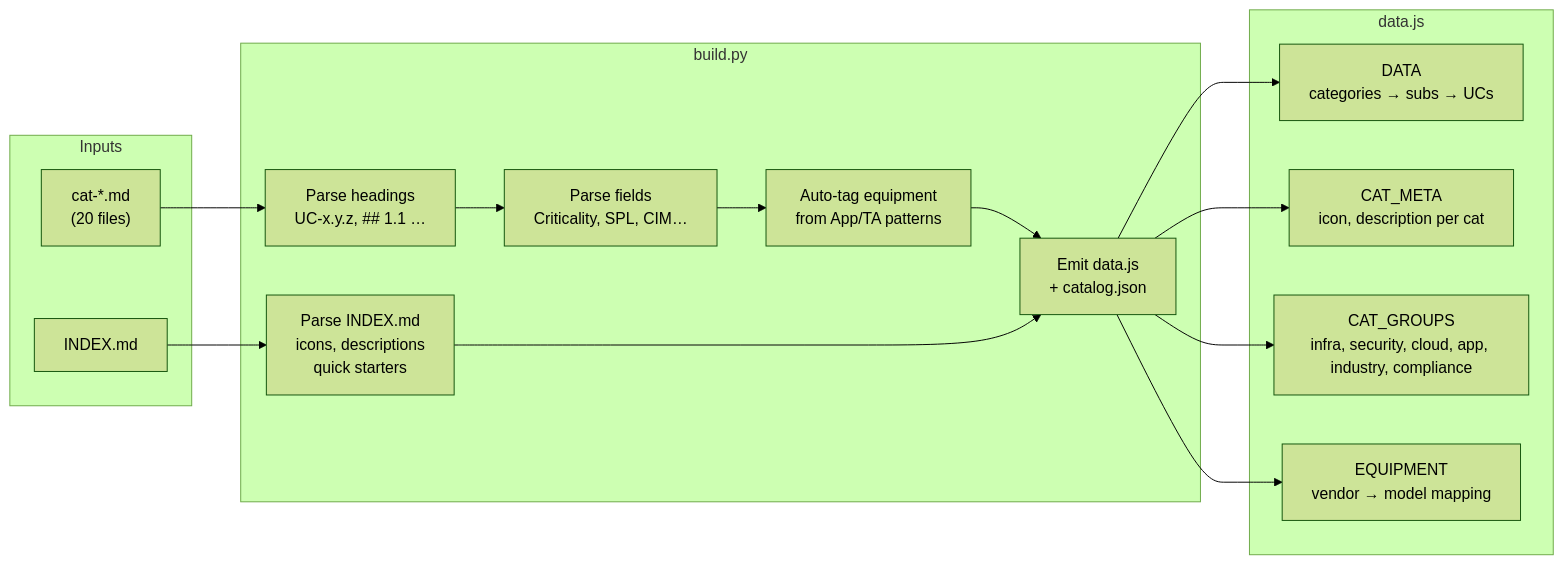
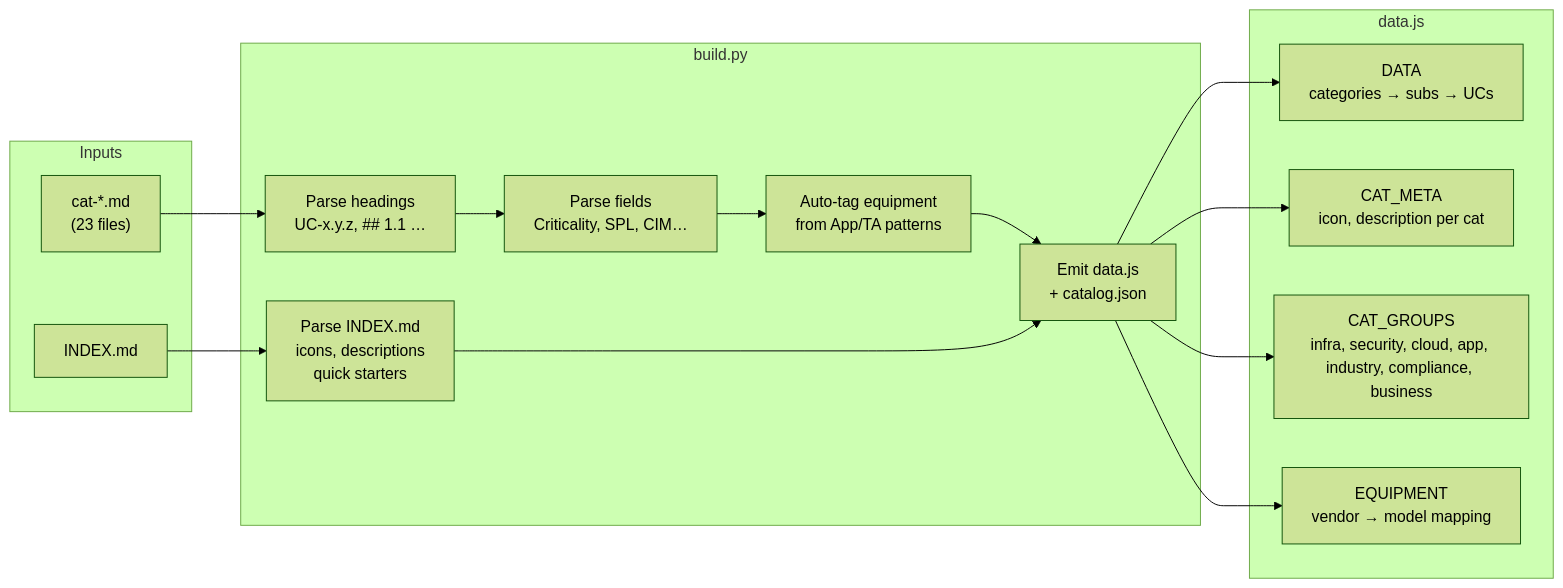
The third of 6 diagrams in CODEBASE-DIAGRAM.md (fenre/splunk-monitoring-use-cases), drawn with Mermaid (forest theme) before and after one commit. The commit also changed other lines of this file and 76 other files, not shown here.

````diff
--- a/CODEBASE-DIAGRAM.md
+++ b/CODEBASE-DIAGRAM.md
@@ -82,33 +83,33 @@
 ```mermaid
 flowchart LR
     subgraph inputs["Inputs"]
-        A["cat-*.md\n(20 files)"]
+        A["cat-*.md\n(23 files)"]
         B["INDEX.md"]
     end
 
     subgraph build_steps["build.py"]
         P1["Parse headings\nUC-x.y.z, ## 1.1 …"]
         P2["Parse fields\nCriticality, SPL, CIM…"]
         P3["Parse INDEX.md\nicons, descriptions\nquick starters"]
         P4["Auto-tag equipment\nfrom App/TA patterns"]
         P5["Emit data.js\n+ catalog.json"]
     end
 
     subgraph js["data.js"]
         D["DATA\ncategories → subs → UCs"]
         M["CAT_META\nicon, description per cat"]
-        G["CAT_GROUPS\ninfra, security, cloud, app, industry, compliance"]
+        G["CAT_GROUPS\ninfra, security, cloud, app, industry, compliance, business"]
         E["EQUIPMENT\nvendor → model mapping"]
     end
 
     A --> P1
     B --> P3
     P1 --> P2
     P2 --> P4
     P4 --> P5
     P3 --> P5
     P5 --> D
     P5 --> M
     P5 --> G
     P5 --> E
 ```
````
